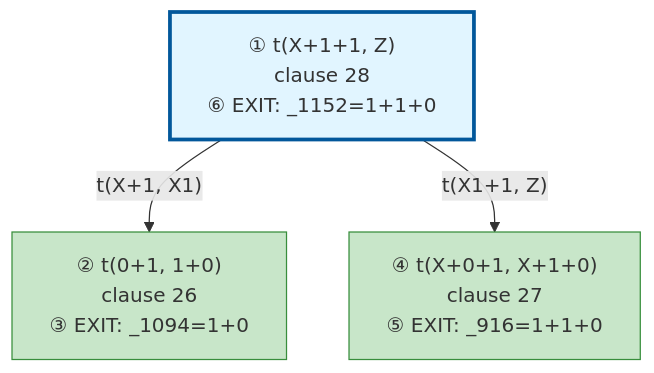
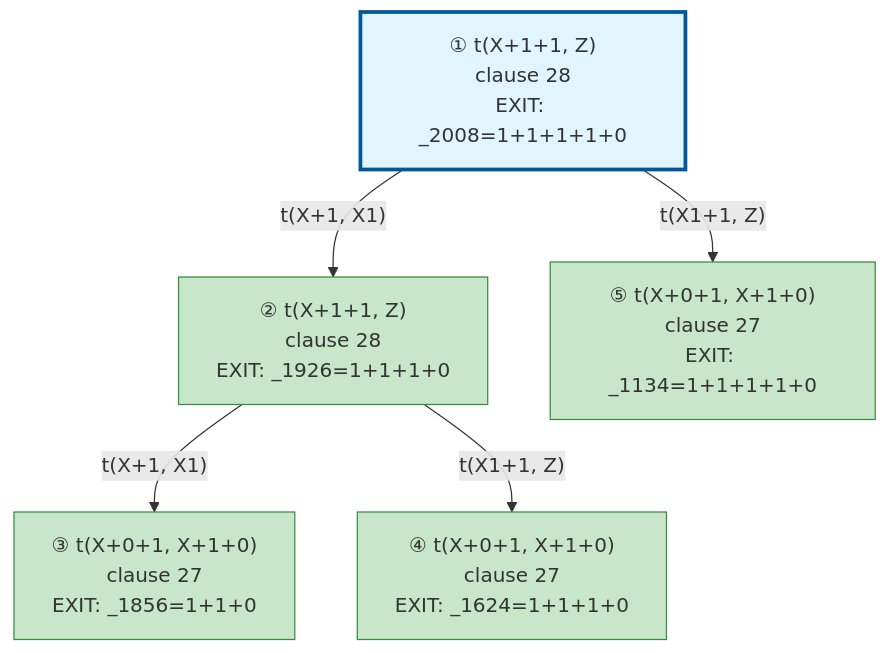
Before and after one commit to jarecsni/prolog-trace-viz: the diagram in examples/3_3_operators-output.md, drawn with Mermaid. The commit also changed other lines of this file and 17 other files, not shown here.

First line of the commit message:
🐛 fix: timeline merging for recursive predicates

````diff
--- a/examples/3_3_operators-output.md
+++ b/examples/3_3_operators-output.md
@@ -49,17 +83,23 @@
 ```mermaid
 graph TD
 
 %% Nodes
-A["① t(X+1+1, Z)<br/>clause 28<br/>⑥ EXIT: _1152=1+1+0"]
-B["② t(0+1, 1+0)<br/>clause 26<br/>③ EXIT: _1094=1+0"]
-C["④ t(X+0+1, X+1+0)<br/>clause 27<br/>⑤ EXIT: _916=1+1+0"]
+A["① t(X+1+1, Z)<br/>clause 28<br/>EXIT: _2008=1+1+1+1+0"]
+B["② t(X+1+1, Z)<br/>clause 28<br/>EXIT: _1926=1+1+1+0"]
+C["③ t(X+0+1, X+1+0)<br/>clause 27<br/>EXIT: _1856=1+1+0"]
+D["④ t(X+0+1, X+1+0)<br/>clause 27<br/>EXIT: _1624=1+1+1+0"]
+E["⑤ t(X+0+1, X+1+0)<br/>clause 27<br/>EXIT: _1134=1+1+1+1+0"]
 
 %% Edges
 A -->|"t(X+1, X1)"| B
-A -->|"t(X1+1, Z)"| C
+B -->|"t(X+1, X1)"| C
+B -->|"t(X1+1, Z)"| D
+A -->|"t(X1+1, Z)"| E
 
 %% Styles
 style A fill:#e1f5ff,stroke:#01579b,stroke-width:3px
 style B fill:#c8e6c9,stroke:#388e3c
 style C fill:#c8e6c9,stroke:#388e3c
+style D fill:#c8e6c9,stroke:#388e3c
+style E fill:#c8e6c9,stroke:#388e3c
 ```
````
